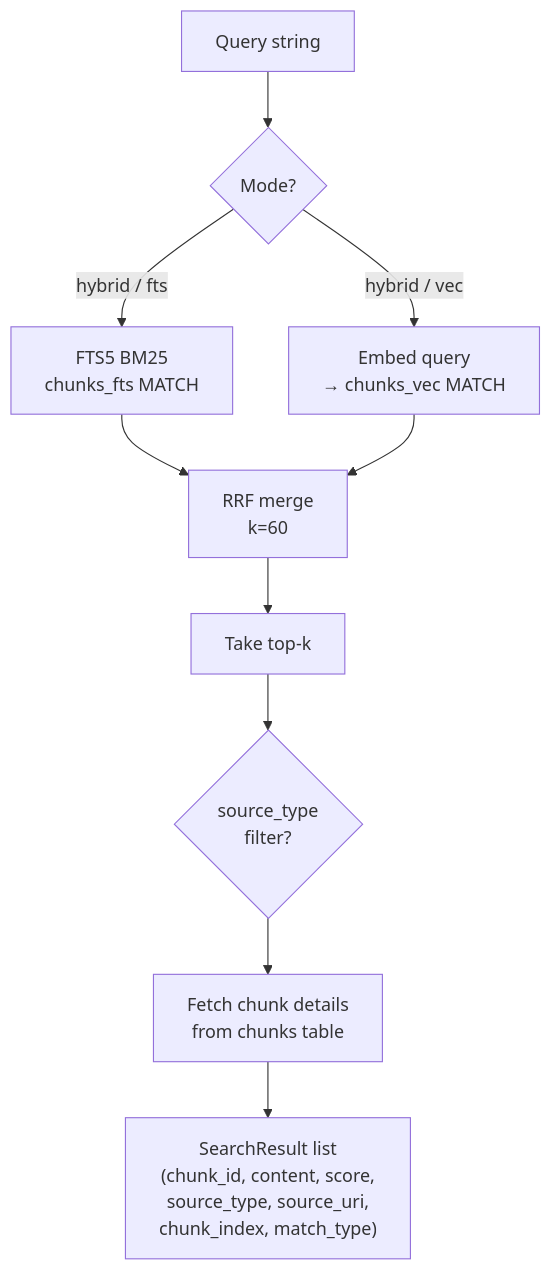
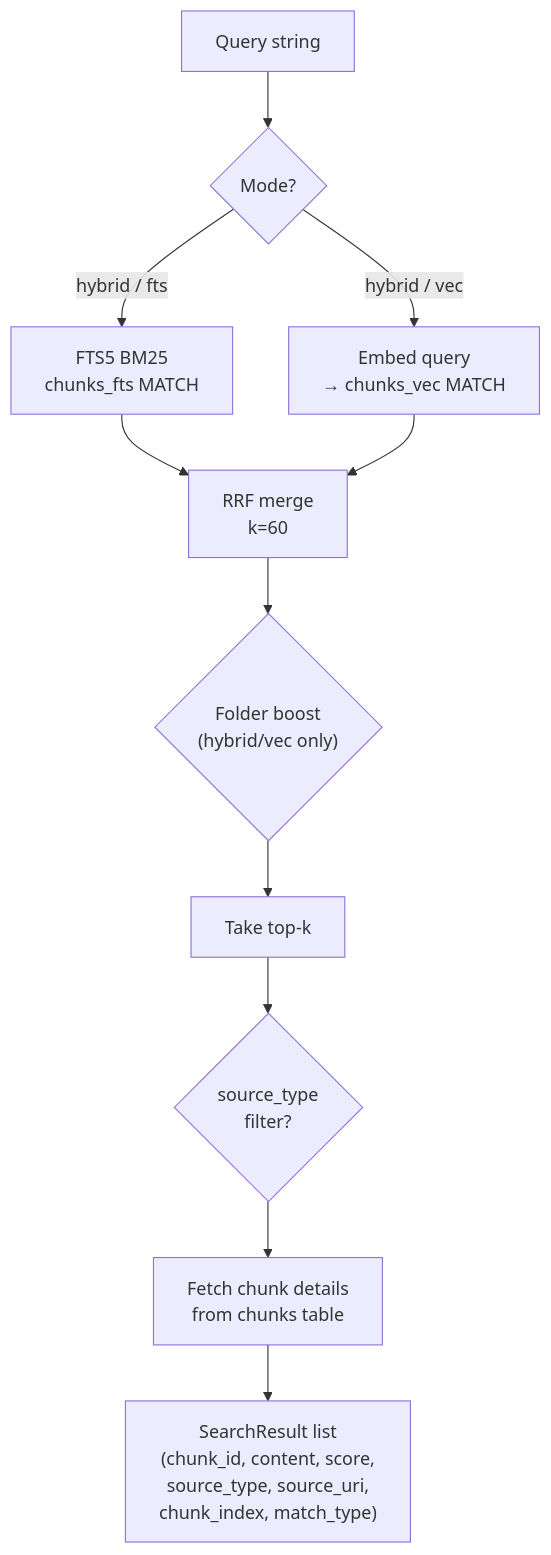
Before and after one commit to dutiona/knowledge-base: the third of 4 diagrams in docs/design/architecture-overview.md, drawn with Mermaid. The commit also changed other lines of this file and 16 other files, not shown here.

````diff
--- a/docs/design/architecture-overview.md
+++ b/docs/design/architecture-overview.md
@@ -92,15 +98,16 @@
 ```{mermaid}
 flowchart TD
     Query["Query string"] --> Mode{"Mode?"}
 
     Mode -->|hybrid / fts| FTS["FTS5 BM25<br/>chunks_fts MATCH"]
     Mode -->|hybrid / vec| Vec["Embed query<br/>→ chunks_vec MATCH"]
 
     FTS --> RRF["RRF merge<br/>k=60"]
     Vec --> RRF
 
-    RRF --> TopK["Take top-k"]
+    RRF --> Boost{"Folder boost<br/>(hybrid/vec only)"}
+    Boost --> TopK["Take top-k"]
     TopK --> Filter{"source_type<br/>filter?"}
     Filter --> Fetch["Fetch chunk details<br/>from chunks table"]
     Fetch --> Results["SearchResult list<br/>(chunk_id, content, score,<br/>source_type, source_uri,<br/>chunk_index, match_type)"]
 ```
````
